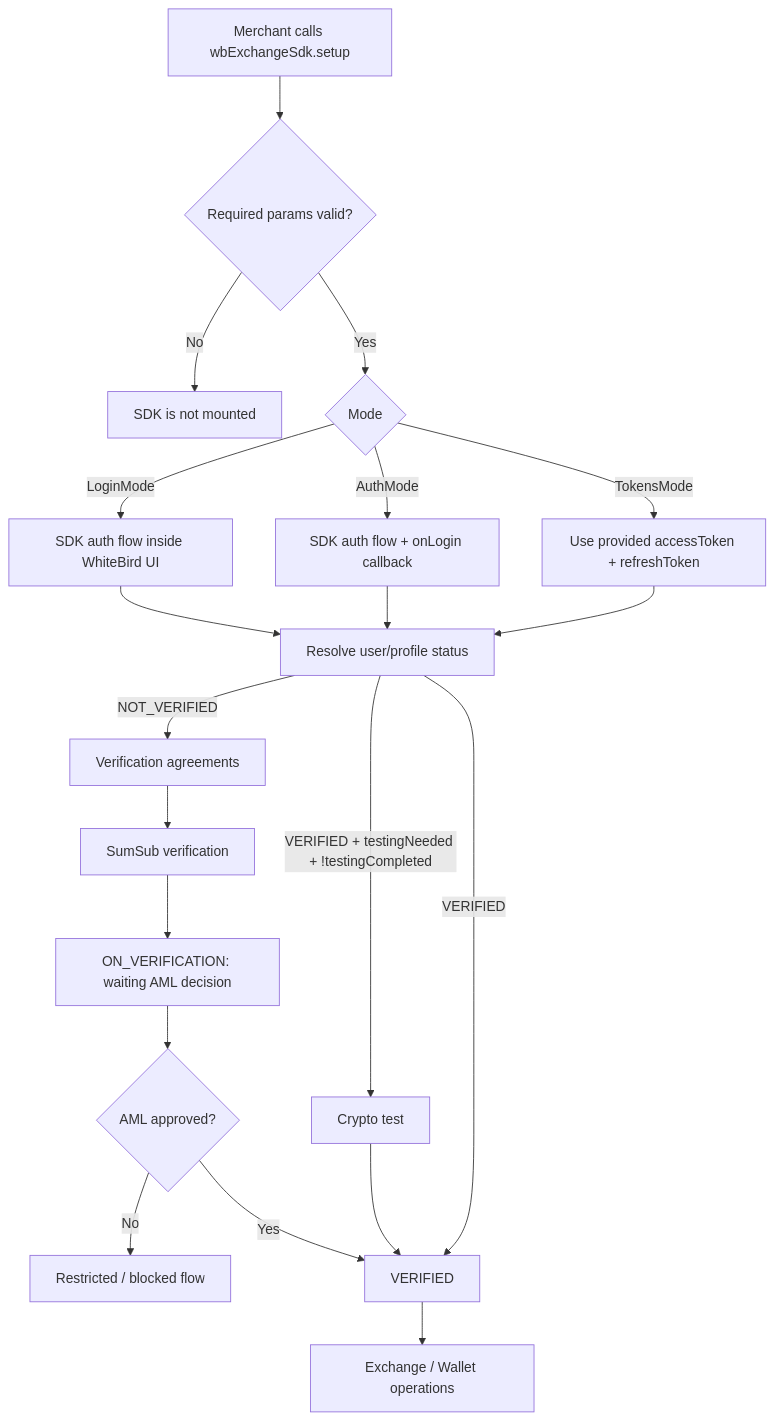
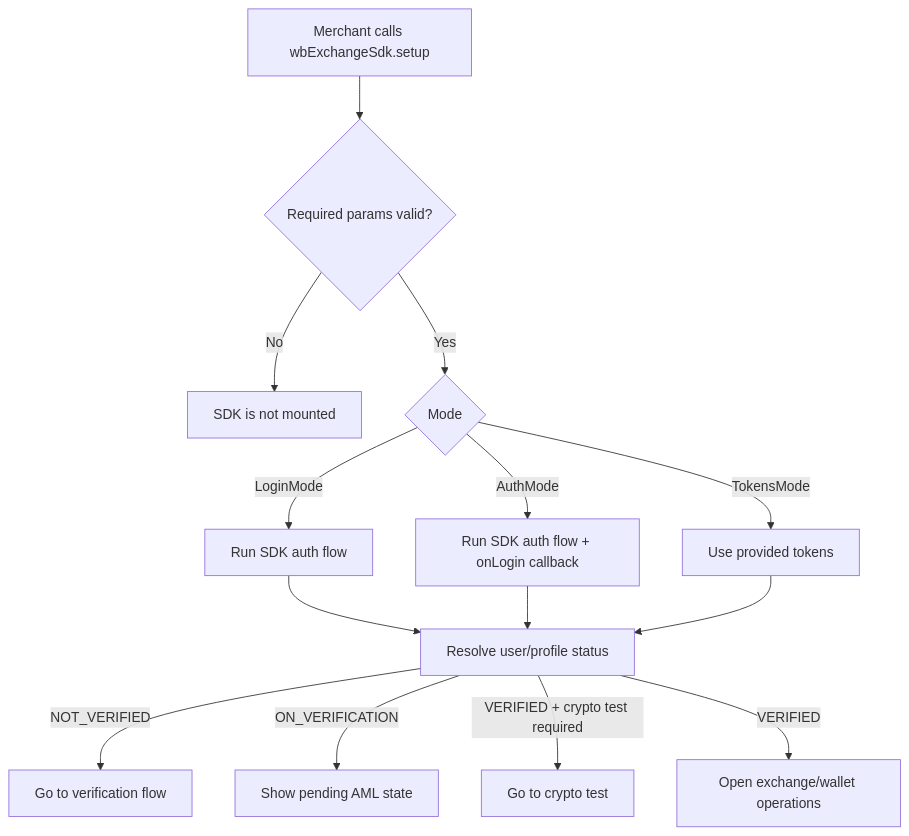
Before and after one commit to nqtikx/Notion: the first of 3 diagrams in SDK.md, drawn with Mermaid. The commit also changed other lines of this file, not shown here.

````diff
--- a/SDK.md
+++ b/SDK.md
@@ -179,27 +179,20 @@
 ```mermaid
 flowchart TD
     A[Merchant calls wbExchangeSdk.setup] --> B{Required params valid?}
-    B -->|No| B1[SDK is not mounted]
+    B -->|No| X[SDK is not mounted]
     B -->|Yes| C{Mode}
 
-    C -->|LoginMode| D[SDK auth flow inside WhiteBird UI]
-    C -->|AuthMode| E[SDK auth flow + onLogin callback]
-    C -->|TokensMode| F[Use provided accessToken + refreshToken]
+    C -->|LoginMode| D[Run SDK auth flow]
+    C -->|AuthMode| E[Run SDK auth flow + onLogin callback]
+    C -->|TokensMode| F[Use provided tokens]
 
     D --> G[Resolve user/profile status]
     E --> G
     F --> G
 
-    G -->|NOT_VERIFIED| H[Verification agreements]
-    H --> I[SumSub verification]
-    I --> J[ON_VERIFICATION: waiting AML decision]
-    J --> K{AML approved?}
-    K -->|No| X[Restricted / blocked flow]
-    K -->|Yes| L[VERIFIED]
+    G -->|NOT_VERIFIED| H[Go to verification flow]
+    G -->|ON_VERIFICATION| I[Show pending AML state]
+    G -->|VERIFIED + crypto test required| J[Go to crypto test]
+    G -->|VERIFIED| K[Open exchange/wallet operations]
 
-    G -->|VERIFIED + testingNeeded + !testingCompleted| M[Crypto test]
-    M --> L
-
-    G -->|VERIFIED| L
-    L --> N[Exchange / Wallet operations]
 ```
````
